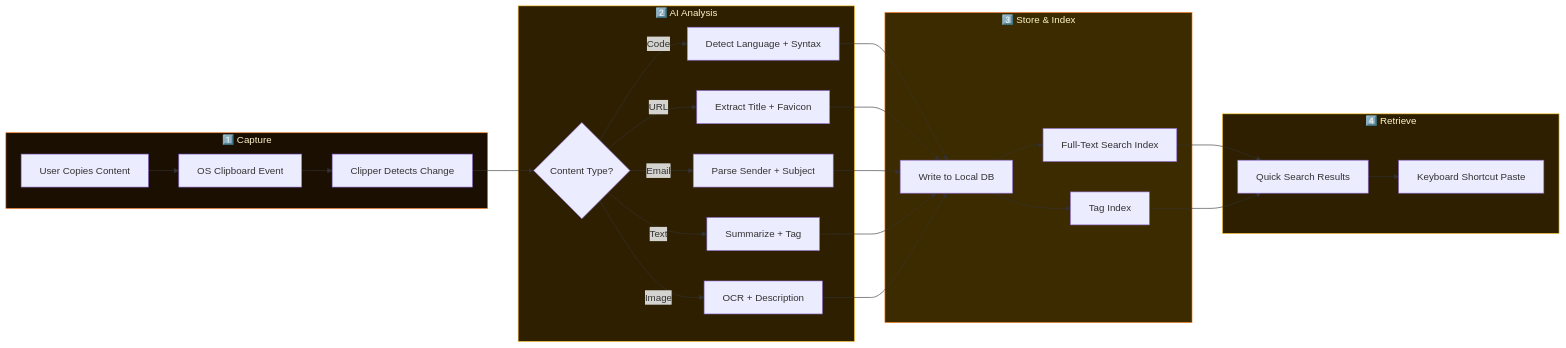
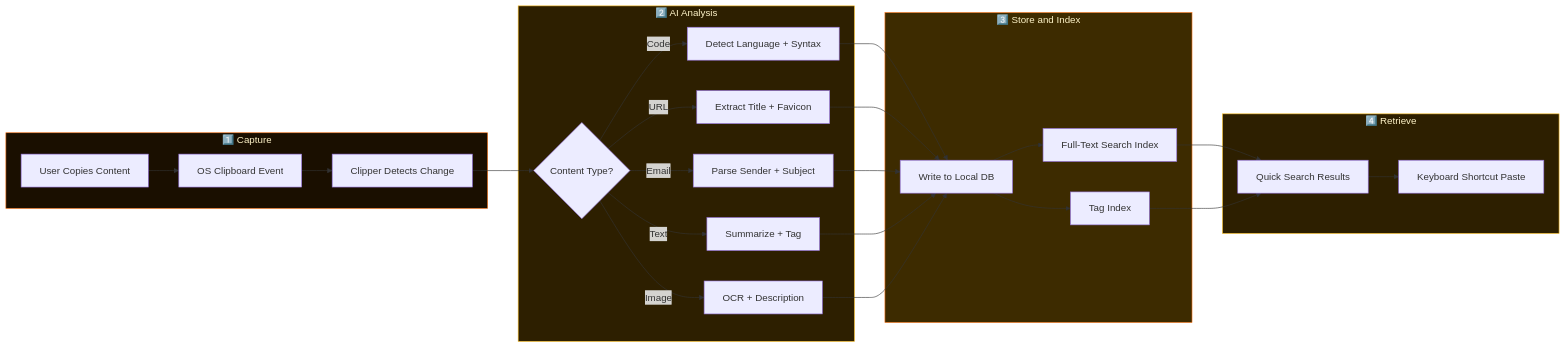
One commit to mulkymalikuldhrs/Clipper-AI changed the second of 3 diagrams in README.md. Above: the diagram before and after it, drawn with Mermaid. The commit also changed other lines of this file and 1 other file, not shown here.

Commit message:
🎨 Upgrade: banner image + fixed Mermaid + animations + flow diagrams

````diff
--- a/README.md
+++ b/README.md
@@ -163,37 +117,37 @@
 ```mermaid
 flowchart LR
     subgraph Capture["1️⃣ Capture"]
         A[User Copies Content] --> B[OS Clipboard Event]
         B --> C[Clipper Detects Change]
     end
 
     subgraph Analyze["2️⃣ AI Analysis"]
         C --> D{Content Type?}
         D -->|Code| E[Detect Language + Syntax]
         D -->|URL| F[Extract Title + Favicon]
         D -->|Email| G[Parse Sender + Subject]
         D -->|Text| H[Summarize + Tag]
         D -->|Image| I[OCR + Description]
     end
 
-    subgraph Store["3️⃣ Store & Index"]
+    subgraph Store["3️⃣ Store and Index"]
         E --> J[Write to Local DB]
         F --> J
         G --> J
         H --> J
         I --> J
         J --> K[Full-Text Search Index]
         J --> L[Tag Index]
     end
 
     subgraph Retrieve["4️⃣ Retrieve"]
         K --> M[Quick Search Results]
         L --> M
         M --> N[Keyboard Shortcut Paste]
     end
 
     style Capture fill:#1a0f00,stroke:#f97316,color:#fef3c7
     style Analyze fill:#2d1f00,stroke:#fbbf24,color:#fef3c7
     style Store fill:#3d2b00,stroke:#f97316,color:#fef3c7
     style Retrieve fill:#2d1f00,stroke:#fbbf24,color:#fef3c7
 ```
````
